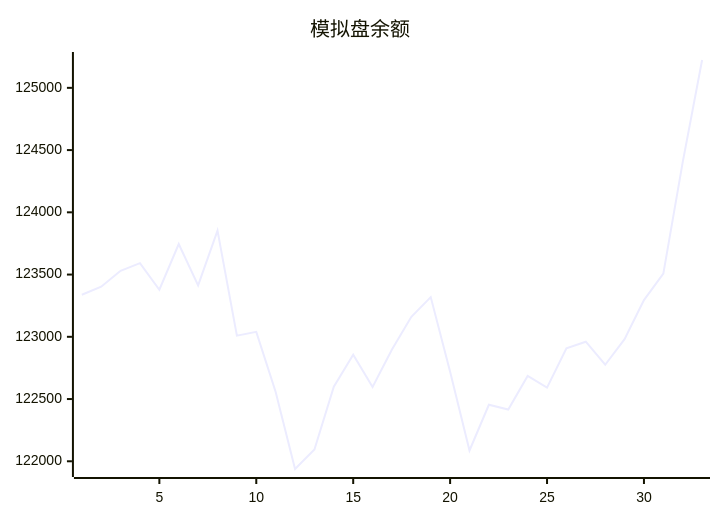
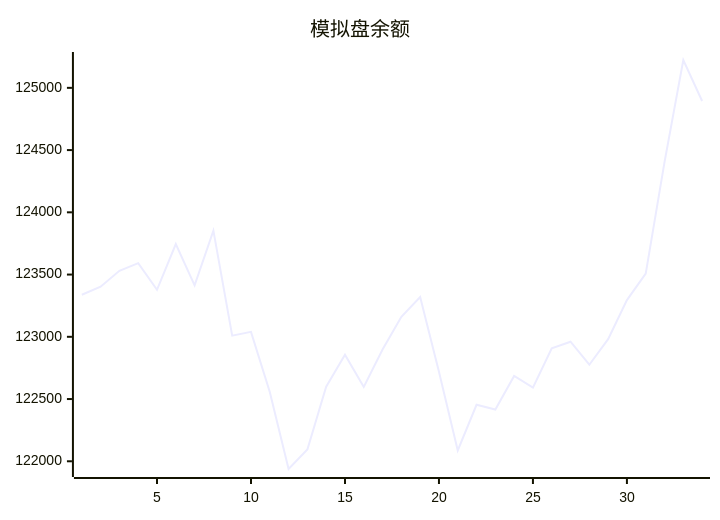
Before and after one commit to aahl/mcp-aktools: the diagram in trading/README.md, drawn with Mermaid. The commit also changed 1 other file, not shown here.

Commit message:
📈 Auto Trading Result

````diff
--- a/trading/README.md
+++ b/trading/README.md
@@ -3,5 +3,5 @@
 ```mermaid
 xychart
     title "模拟盘余额"
-    line [123337.9,123402.4,123530.3,123591.6,123377.9,123745.3,123413.3,123853.1,123009.4,123039.8,122557.0,121938.0,122094.6,122599.0,122856.1,122597.3,122898.1,123160.2,123318.8,122719.1,122086.7,122454.1,122415.9,122685.2,122591.9,122906.8,122960.7,122775.6,122980.9,123294.6,123507.0,124402.7,125223.7]
+    line [123337.9,123402.4,123530.3,123591.6,123377.9,123745.3,123413.3,123853.1,123009.4,123039.8,122557.0,121938.0,122094.6,122599.0,122856.1,122597.3,122898.1,123160.2,123318.8,122719.1,122086.7,122454.1,122415.9,122685.2,122591.9,122906.8,122960.7,122775.6,122980.9,123294.6,123507.0,124402.7,125223.7,124894.0]
 ```
````
